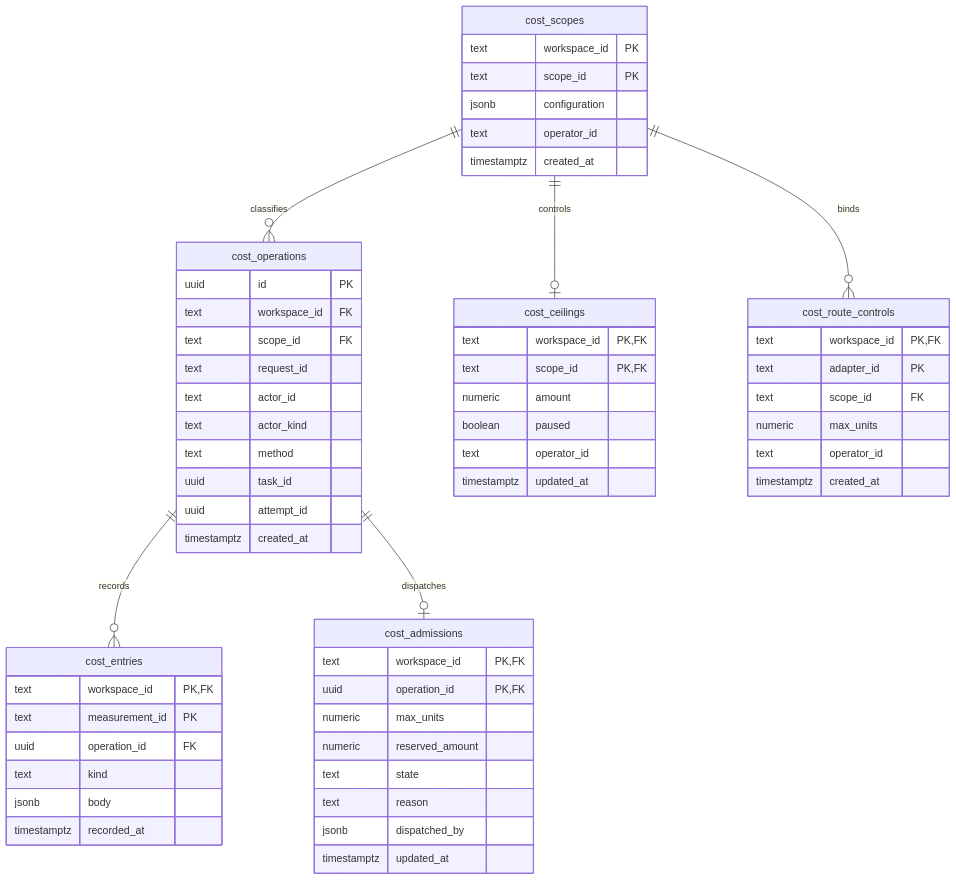
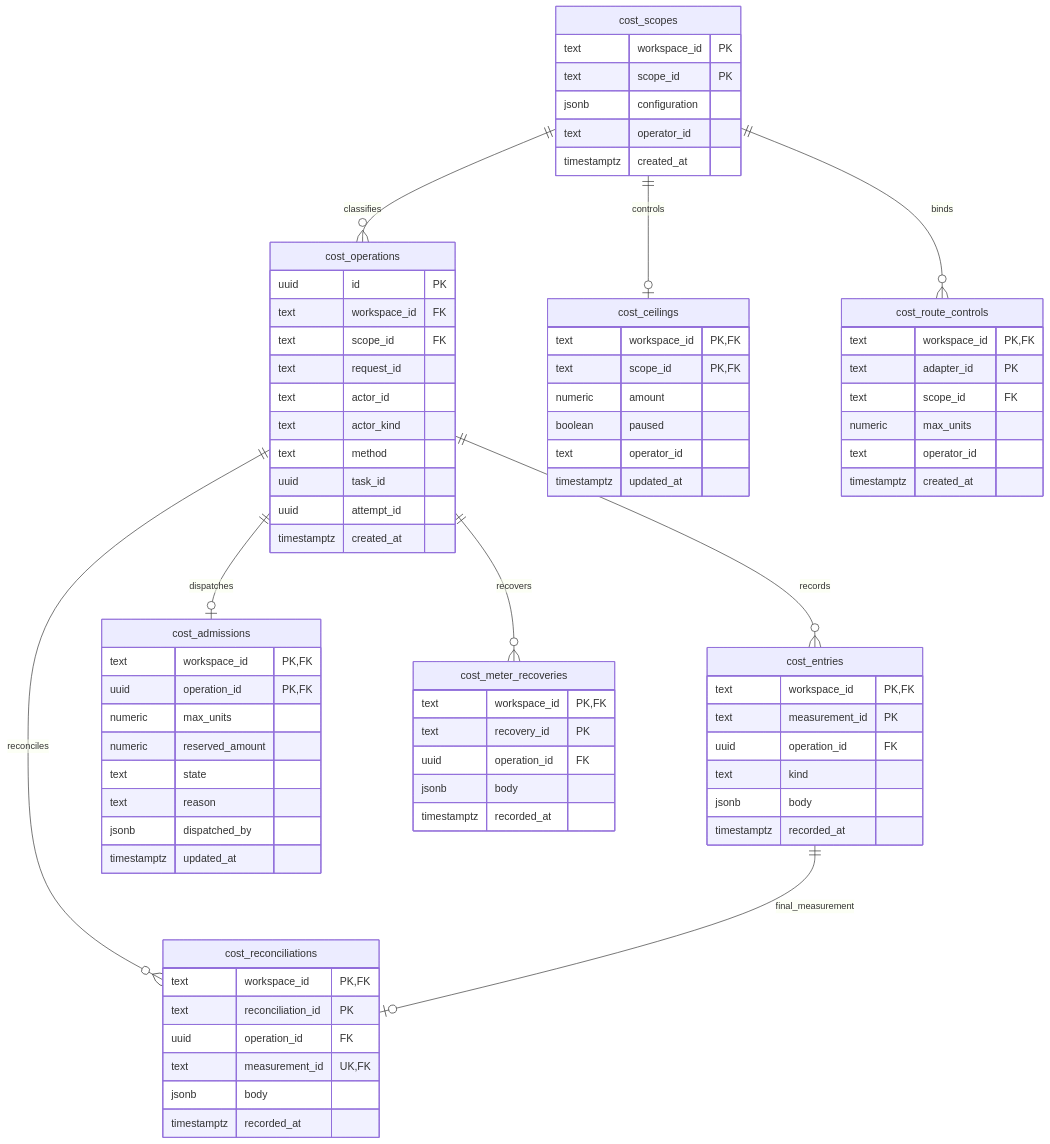
Before and after one commit to jinroylee/social-marketing-intelligence: the seventh of 8 diagrams in docs/data-model.md, drawn with Mermaid. The commit also changed other lines of this file and 24 other files, not shown here.

````diff
--- a/docs/data-model.md
+++ b/docs/data-model.md
@@ -599,61 +599,79 @@
 ```mermaid
 erDiagram
     cost_scopes ||--o{ cost_operations : classifies
     cost_operations ||--o{ cost_entries : records
     cost_scopes ||--o| cost_ceilings : controls
     cost_scopes ||--o{ cost_route_controls : binds
     cost_operations ||--o| cost_admissions : dispatches
+    cost_operations ||--o{ cost_reconciliations : reconciles
+    cost_entries ||--o| cost_reconciliations : final_measurement
+    cost_operations ||--o{ cost_meter_recoveries : recovers
+    cost_reconciliations {
+        text workspace_id PK, FK
+        text reconciliation_id PK
+        uuid operation_id FK
+        text measurement_id UK, FK
+        jsonb body
+        timestamptz recorded_at
+    }
+    cost_meter_recoveries {
+        text workspace_id PK, FK
+        text recovery_id PK
+        uuid operation_id FK
+        jsonb body
+        timestamptz recorded_at
+    }
     cost_ceilings {
         text workspace_id PK, FK
         text scope_id PK, FK
         numeric amount
         boolean paused
         text operator_id
         timestamptz updated_at
     }
     cost_route_controls {
         text workspace_id PK, FK
         text adapter_id PK
         text scope_id FK
         numeric max_units
         text operator_id
         timestamptz created_at
     }
     cost_admissions {
         text workspace_id PK, FK
         uuid operation_id PK, FK
         numeric max_units
         numeric reserved_amount
         text state
         text reason
         jsonb dispatched_by
         timestamptz updated_at
     }
     cost_scopes {
         text workspace_id PK
         text scope_id PK
         jsonb configuration
         text operator_id
         timestamptz created_at
     }
     cost_operations {
         uuid id PK
         text workspace_id FK
         text scope_id FK
         text request_id
         text actor_id
         text actor_kind
         text method
         uuid task_id
         uuid attempt_id
         timestamptz created_at
     }
     cost_entries {
         text workspace_id PK, FK
         text measurement_id PK
         uuid operation_id FK
         text kind
         jsonb body
         timestamptz recorded_at
     }
 ```
````
